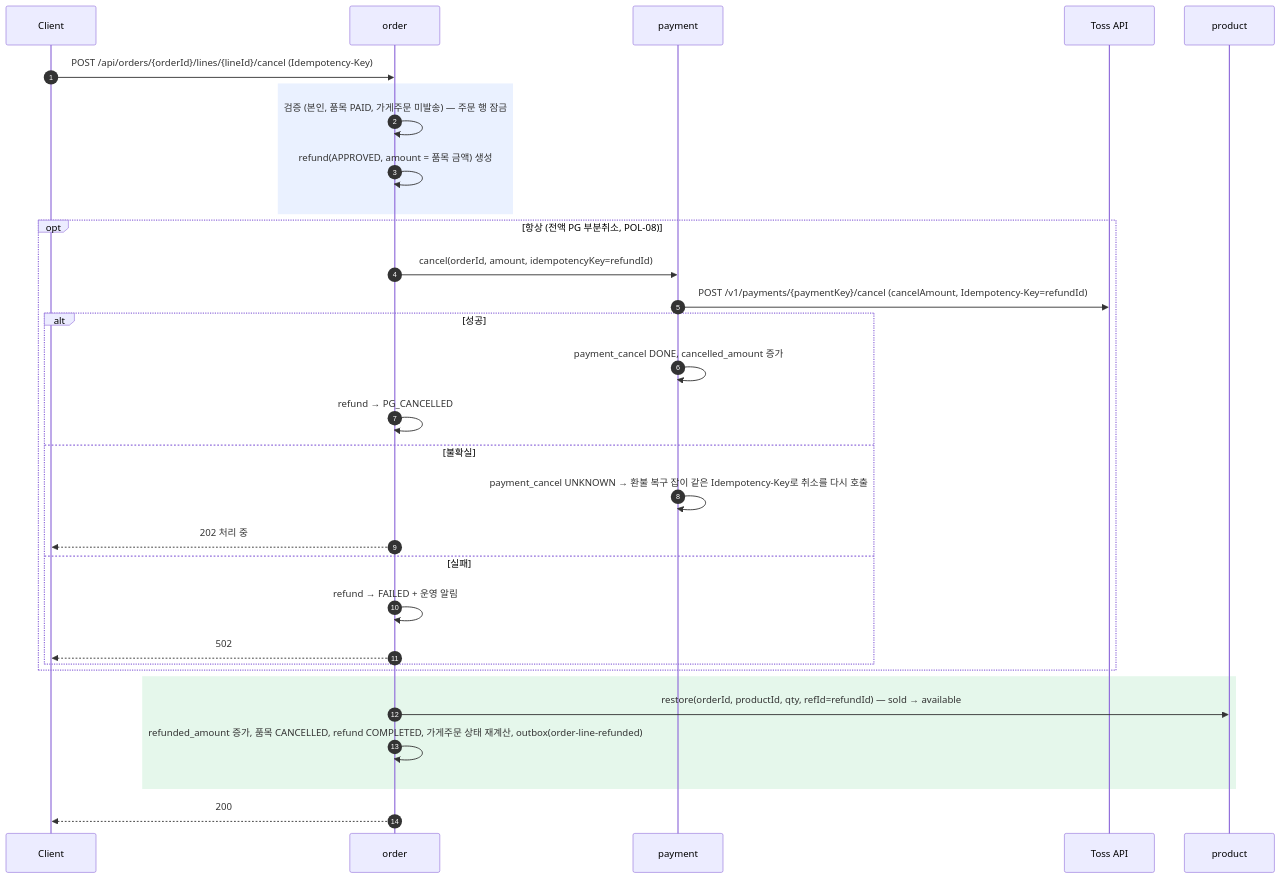
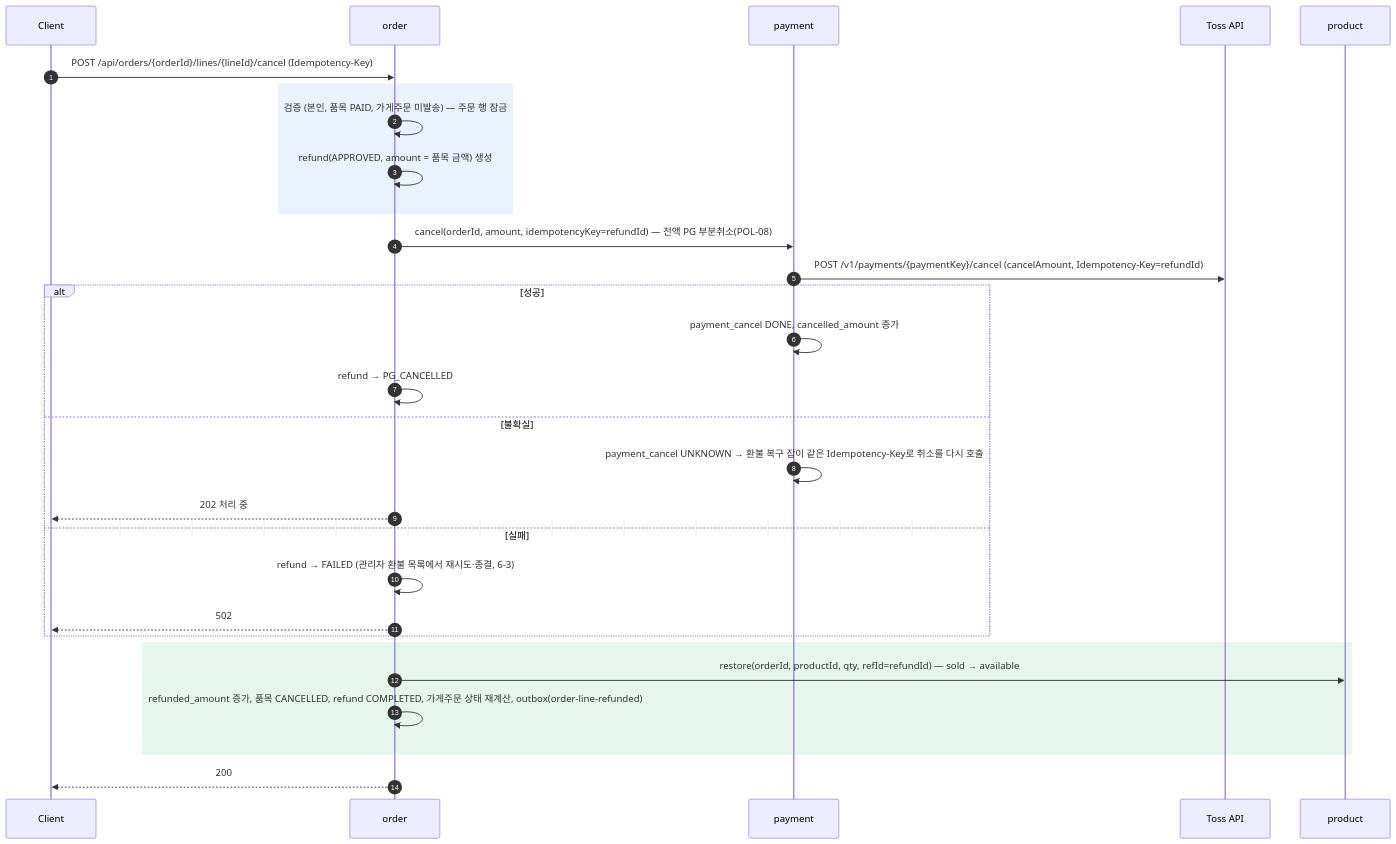
Before and after one commit to 95twan/myroutine-v2: the fifth of 10 diagrams in docs/02-design/06-sequences.md, drawn with Mermaid. The commit also changed other lines of this file and 24 other files, not shown here.

````diff
--- a/docs/02-design/06-sequences.md
+++ b/docs/02-design/06-sequences.md
@@ -143,33 +143,31 @@
 ```mermaid
 sequenceDiagram
   autonumber
   participant C as Client
   participant O as order
   participant P as payment
   participant PG as Toss API
   participant PR as product
   C->>O: POST /api/orders/{orderId}/lines/{lineId}/cancel (Idempotency-Key)
   rect rgba(80,140,255,0.12)
     O->>O: 검증 (본인, 품목 PAID, 가게주문 미발송) — 주문 행 잠금
     O->>O: refund(APPROVED, amount = 품목 금액) 생성
   end
-  opt 항상 (전액 PG 부분취소, POL-08)
-    O->>P: cancel(orderId, amount, idempotencyKey=refundId)
-    P->>PG: POST /v1/payments/{paymentKey}/cancel (cancelAmount, Idempotency-Key=refundId)
-    alt 성공
-      P->>P: payment_cancel DONE, cancelled_amount 증가
-      O->>O: refund → PG_CANCELLED
-    else 불확실
-      P->>P: payment_cancel UNKNOWN → 환불 복구 잡이 같은 Idempotency-Key로 취소를 다시 호출
-      O-->>C: 202 처리 중
-    else 실패
-      O->>O: refund → FAILED + 운영 알림
-      O-->>C: 502
-    end
+  O->>P: cancel(orderId, amount, idempotencyKey=refundId) — 전액 PG 부분취소(POL-08)
+  P->>PG: POST /v1/payments/{paymentKey}/cancel (cancelAmount, Idempotency-Key=refundId)
+  alt 성공
+    P->>P: payment_cancel DONE, cancelled_amount 증가
+    O->>O: refund → PG_CANCELLED
+  else 불확실
+    P->>P: payment_cancel UNKNOWN → 환불 복구 잡이 같은 Idempotency-Key로 취소를 다시 호출
+    O-->>C: 202 처리 중
+  else 실패
+    O->>O: refund → FAILED (관리자 환불 목록에서 재시도·종결, 6-3)
+    O-->>C: 502
   end
   rect rgba(80,200,120,0.15)
     O->>PR: restore(orderId, productId, qty, refId=refundId) — sold → available
     O->>O: refunded_amount 증가, 품목 CANCELLED, refund COMPLETED, 가게주문 상태 재계산, outbox(order-line-refunded)
   end
   O-->>C: 200
 ```
````
